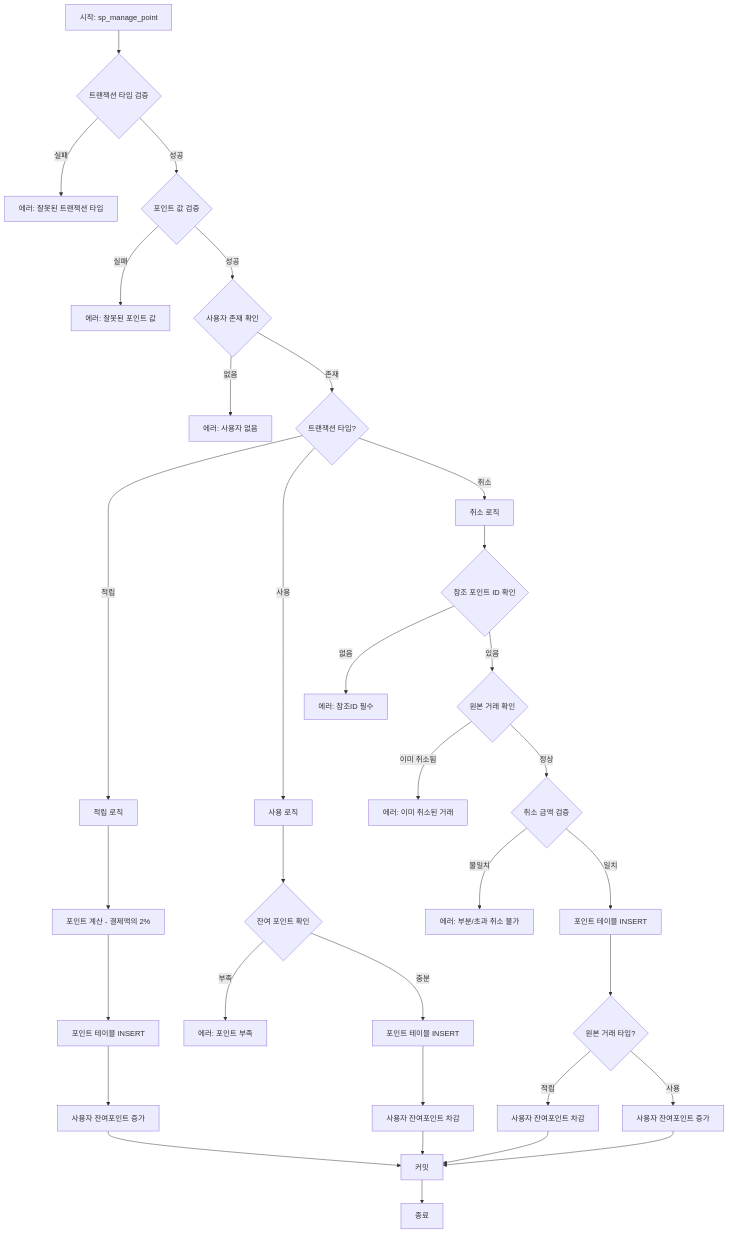
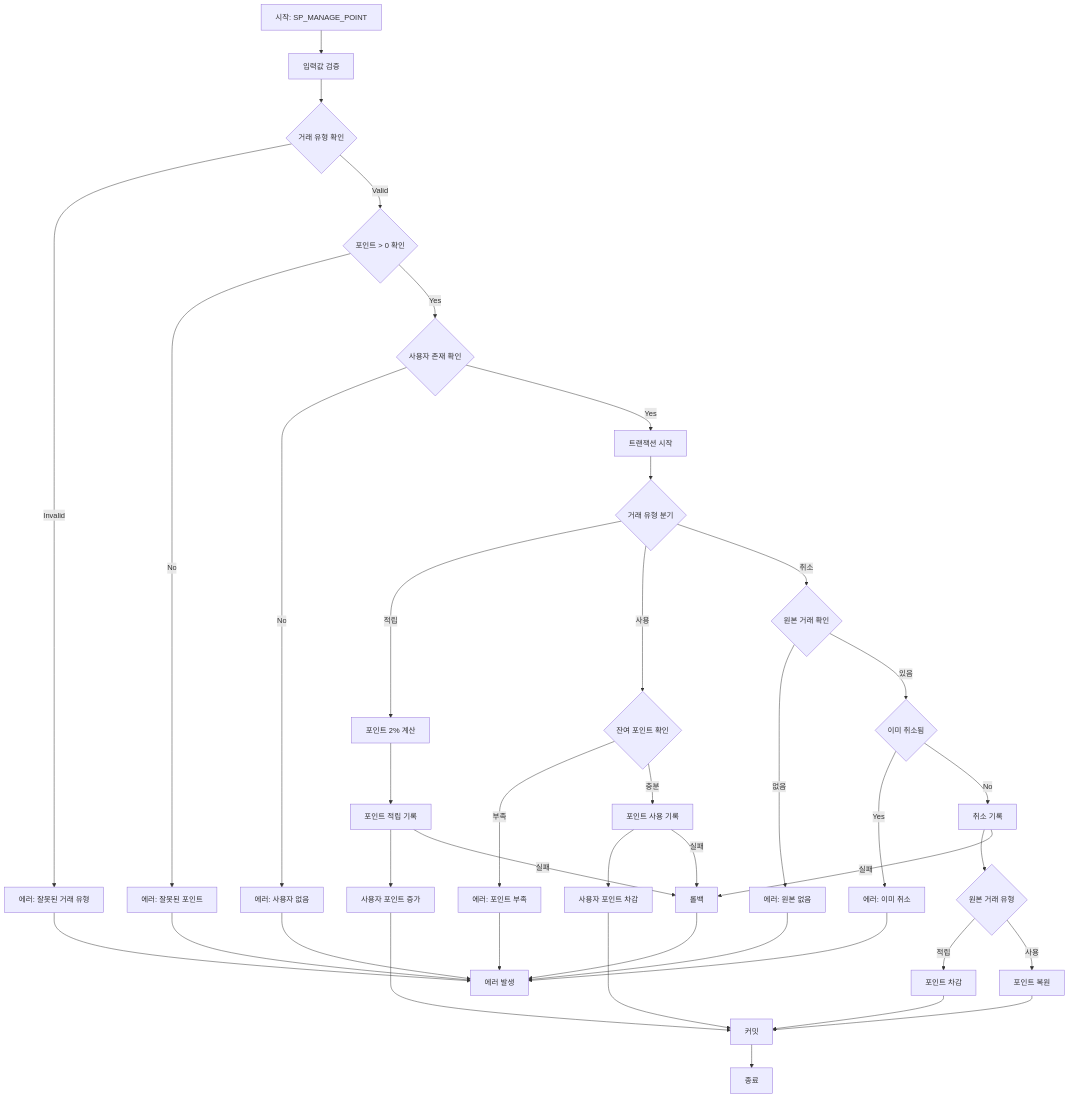
One commit to DBDIBABIDIBU/be15-1st-DBDIBABDBU-mobile_receipt changed the diagram in src/mobile-receipt/point/diagram_point_manage.md. Above: the diagram before and after it, drawn with Mermaid. The commit also changed 1 other file, not shown here.

Commit message:
refactor: 포인트 관리 DB 컨벤션 준수, 트랜잭션 범위 축소

````diff
--- a/src/mobile-receipt/point/diagram_point_manage.md
+++ b/src/mobile-receipt/point/diagram_point_manage.md
@@ -1,40 +1,55 @@
 ```mermaid
 flowchart TD
-    A[시작: sp_manage_point] --> B{트랜잭션 타입 검증}
-    B -->|실패| C[에러: 잘못된 트랜잭션 타입]
-    B -->|성공| D{포인트 값 검증}
-    D -->|실패| E[에러: 잘못된 포인트 값]
-    D -->|성공| F{사용자 존재 확인}
-    F -->|없음| G[에러: 사용자 없음]
-    F -->|존재| H{트랜잭션 타입?}
+    A[시작: SP_MANAGE_POINT] --> B[입력값 검증]
+    B --> C{거래 유형 확인}
+    C -->|Invalid| D[에러: 잘못된 거래 유형]
+    C -->|Valid| E{포인트 > 0 확인}
 
-    H -->|적립| I[적립 로직]
-    I --> I1[포인트 계산 - 결제액의 2%]
-    I1 --> I2[포인트 테이블 INSERT]
-    I2 --> I3[사용자 잔여포인트 증가]
+    E -->|No| F[에러: 잘못된 포인트]
+    E -->|Yes| G{사용자 존재 확인}
 
-    H -->|사용| J[사용 로직]
-    J --> J1{잔여 포인트 확인}
-    J1 -->|부족| J2[에러: 포인트 부족]
-    J1 -->|충분| J3[포인트 테이블 INSERT]
-    J3 --> J4[사용자 잔여포인트 차감]
+    G -->|No| H[에러: 사용자 없음]
+    G -->|Yes| I[트랜잭션 시작]
 
-    H -->|취소| K[취소 로직]
-    K --> K1{참조 포인트 ID 확인}
-    K1 -->|없음| K2[에러: 참조ID 필수]
-    K1 -->|있음| K3{원본 거래 확인}
-    K3 -->|이미 취소됨| K4[에러: 이미 취소된 거래]
-    K3 -->|정상| K5{취소 금액 검증}
-    K5 -->|불일치| K6[에러: 부분/초과 취소 불가]
-    K5 -->|일치| K7[포인트 테이블 INSERT]
-    K7 --> K8{원본 거래 타입?}
-    K8 -->|적립| K9[사용자 잔여포인트 차감]
-    K8 -->|사용| K10[사용자 잔여포인트 증가]
+    I --> J{거래 유형 분기}
 
-    I3 --> L[커밋]
-    J4 --> L
-    K9 --> L
-    K10 --> L
-    L --> M[종료]
+    %% 적립 로직
+    J -->|적립| K[포인트 2% 계산]
+    K --> L[포인트 적립 기록]
+    L --> M[사용자 포인트 증가]
 
+    %% 사용 로직
+    J -->|사용| N{잔여 포인트 확인}
+    N -->|부족| O[에러: 포인트 부족]
+    N -->|충분| P[포인트 사용 기록]
+    P --> Q[사용자 포인트 차감]
+
+    %% 취소 로직
+    J -->|취소| R{원본 거래 확인}
+    R -->|없음| S[에러: 원본 없음]
+    R -->|있음| T{이미 취소됨}
+    T -->|Yes| U[에러: 이미 취소]
+    T -->|No| V[취소 기록]
+    V --> W{원본 거래 유형}
+    W -->|적립| X[포인트 차감]
+    W -->|사용| Y[포인트 복원]
+
+    %% 트랜잭션 종료
+    M --> Z[커밋]
+    Q --> Z
+    X --> Z
+    Y --> Z
+    Z --> AA[종료]
+
+    %% 에러 처리
+    D --> BB[에러 발생]
+    F --> BB
+    H --> BB
+    O --> BB
+    S --> BB
+    U --> BB
+    L -->|실패| CC[롤백]
+    P -->|실패| CC
+    V -->|실패| CC
+    CC --> BB
 ```
````
